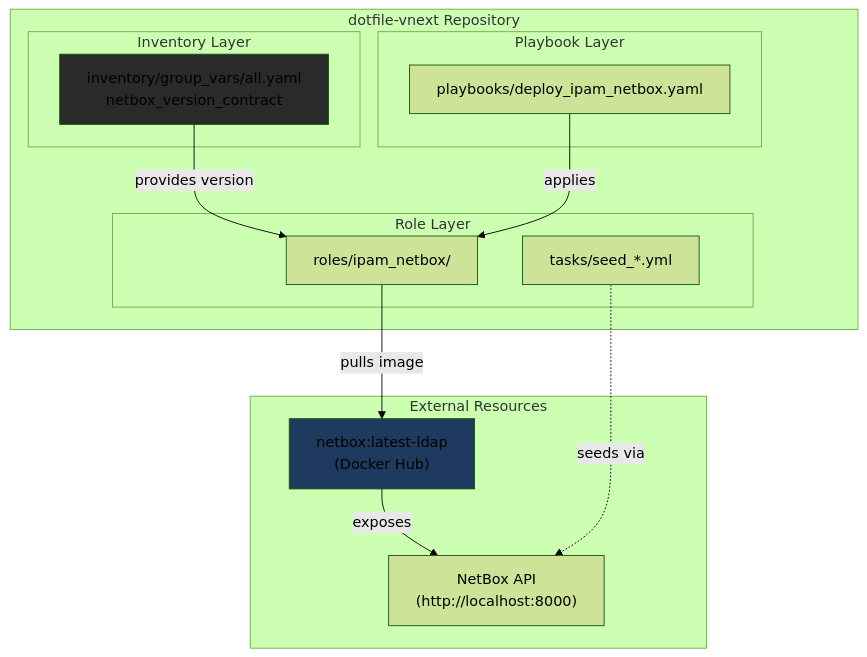
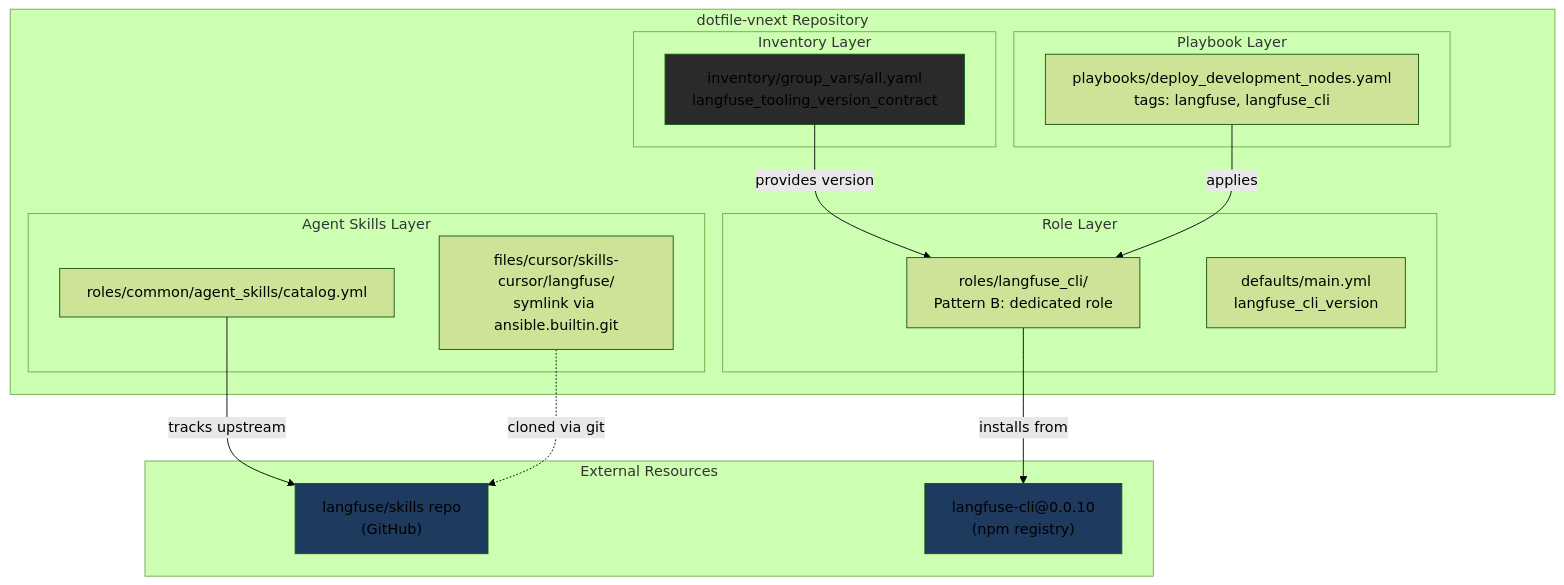
One commit to doesitscript/dotfile-vnext changed the first of 2 diagrams in .cursor/rules/framework-partner-process.mdc. Above: the diagram before and after it, drawn with Mermaid (forest theme). The commit also changed other lines of this file, not shown here.

First line of the commit message:
feat(framework): enhance diagram requirements with naming standards and inventory

````diff
--- a/.cursor/rules/framework-partner-process.mdc
+++ b/.cursor/rules/framework-partner-process.mdc
@@ -179,31 +177,37 @@
 ```mermaid
 graph TB
     subgraph dotfile_vnext [dotfile-vnext Repository]
         subgraph inventory [Inventory Layer]
-            version_contract[inventory/group_vars/all.yaml<br/>netbox_version_contract]
+            version_contract[inventory/group_vars/all.yaml<br/>langfuse_tooling_version_contract]
         end
         
         subgraph roles [Role Layer]
-            ipam_netbox[roles/ipam_netbox/]
-            seed_tasks[tasks/seed_*.yml]
+            langfuse_cli[roles/langfuse_cli/<br/>Pattern B: dedicated role]
+            langfuse_defaults[defaults/main.yml<br/>langfuse_cli_version]
         end
         
         subgraph playbooks [Playbook Layer]
-            deploy_netbox[playbooks/deploy_ipam_netbox.yaml]
+            deploy_dev[playbooks/deploy_development_nodes.yaml<br/>tags: langfuse, langfuse_cli]
+        end
+        
+        subgraph agent_skills [Agent Skills Layer]
+            catalog[roles/common/agent_skills/catalog.yml]
+            langfuse_skill[files/cursor/skills-cursor/langfuse/<br/>symlink via ansible.builtin.git]
         end
     end
     
     subgraph external [External Resources]
-        netbox_container["netbox:latest-ldap<br/>(Docker Hub)"]
-        netbox_api["NetBox API<br/>(http://localhost:8000)"]
+        langfuse_upstream["langfuse/skills repo<br/>(GitHub)"]
+        npm_registry["langfuse-cli@0.0.10<br/>(npm registry)"]
     end
     
-    version_contract -->|"provides version"| ipam_netbox
-    deploy_netbox -->|"applies"| ipam_netbox
-    ipam_netbox -->|"pulls image"| netbox_container
-    netbox_container -->|"exposes"| netbox_api
-    seed_tasks -.->|"seeds via"| netbox_api
+    version_contract -->|"provides version"| langfuse_cli
+    deploy_dev -->|"applies"| langfuse_cli
+    langfuse_cli -->|"installs from"| npm_registry
+    catalog -->|"tracks upstream"| langfuse_upstream
+    langfuse_skill -.->|"cloned via git"| langfuse_upstream
     
     style version_contract fill:#2a2a2a
-    style netbox_container fill:#1e3a5f
+    style npm_registry fill:#1e3a5f
+    style langfuse_upstream fill:#1e3a5f
 ```
````
